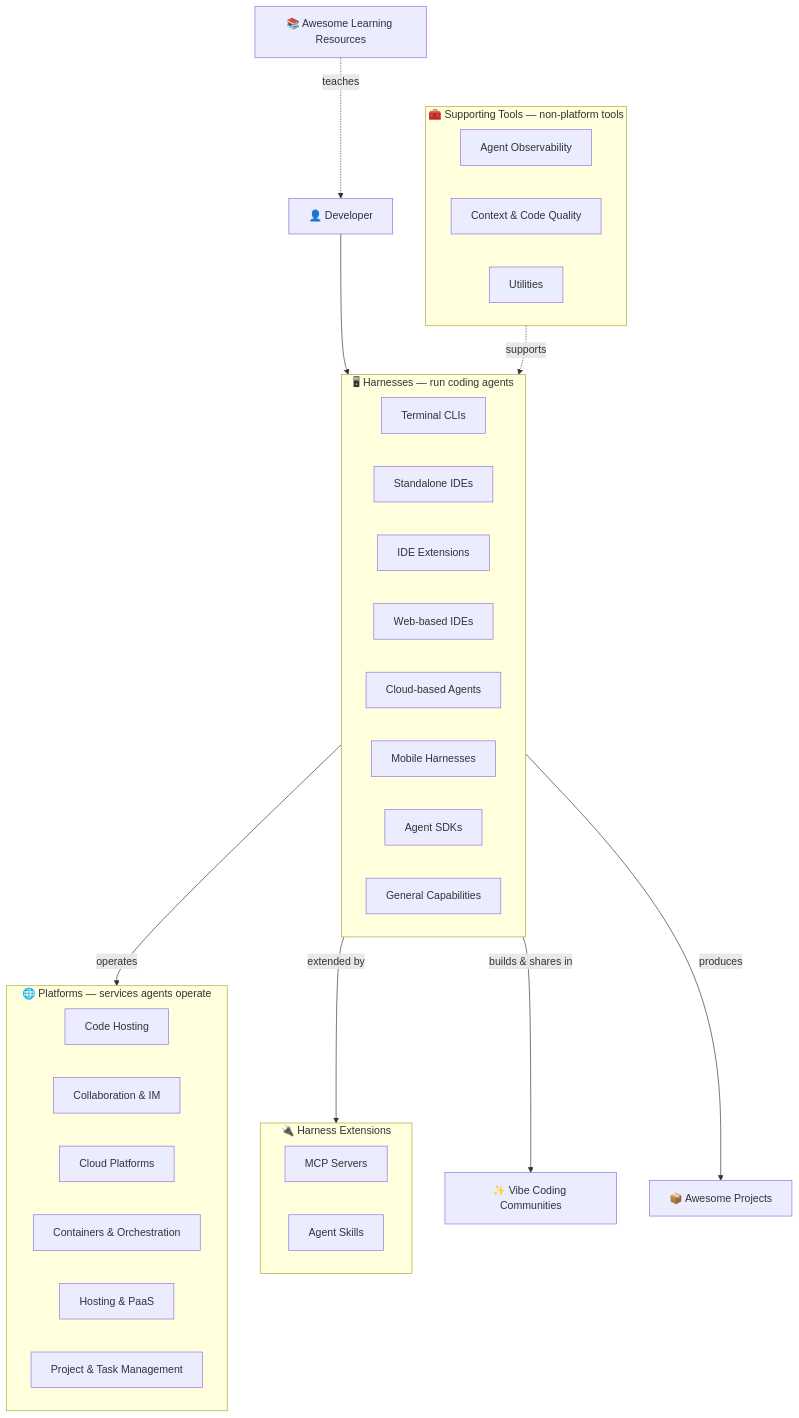
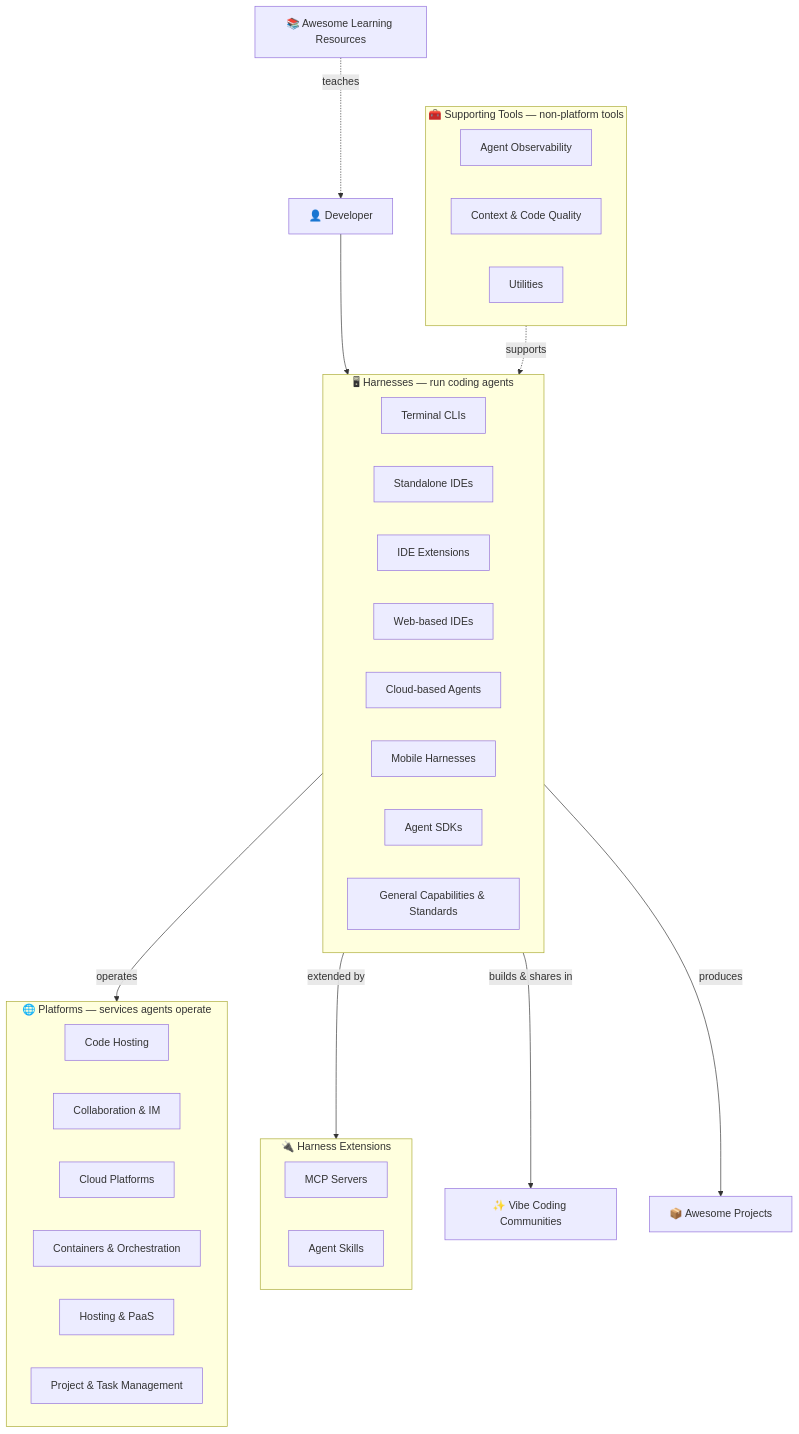
One commit to SergiuPogor/Awesome-Vibe-Coding changed the diagram in README.md. Above: the diagram before and after it, drawn with Mermaid. The commit also changed 1 other file, not shown here.

Commit message:
docs: rename general capabilities to include standards

````diff
--- a/README.md
+++ b/README.md
@@ -24,51 +24,51 @@
 ```mermaid
 flowchart TB
     Dev["👤 Developer"]
 
     subgraph harnesses["🖥 Harnesses — run coding agents"]
         direction LR
         H1["Terminal CLIs"]
         H2["Standalone IDEs"]
         H3["IDE Extensions"]
         H4["Web-based IDEs"]
         H5["Cloud-based Agents"]
         H6["Mobile Harnesses"]
         H7["Agent SDKs"]
-        H8["General Capabilities"]
+        H8["General Capabilities & Standards"]
     end
 
     subgraph platforms["🌐 Platforms — services agents operate"]
         direction LR
         P1["Code Hosting"]
         P2["Collaboration & IM"]
         P3["Cloud Platforms"]
         P4["Containers & Orchestration"]
         P5["Hosting & PaaS"]
         P6["Project & Task Management"]
     end
 
     subgraph capabilities["🔌 Harness Extensions"]
         direction LR
         C1["MCP Servers"]
         C2["Agent Skills"]
     end
 
     Comm["✨ Vibe Coding Communities"]
     Proj["📦 Awesome Projects"]
     Learn["📚 Awesome Learning Resources"]
 
     subgraph support["🧰 Supporting Tools — non-platform tools"]
         direction LR
         S1["Agent Observability"]
         S2["Context & Code Quality"]
         S3["Utilities"]
     end
 
     Dev --> harnesses
     harnesses -->|operates| platforms
     harnesses -->|extended by| capabilities
     harnesses -->|builds & shares in| Comm
     harnesses -->|produces| Proj
     support -.->|supports| harnesses
     Learn -.->|teaches| Dev
 ```
````
